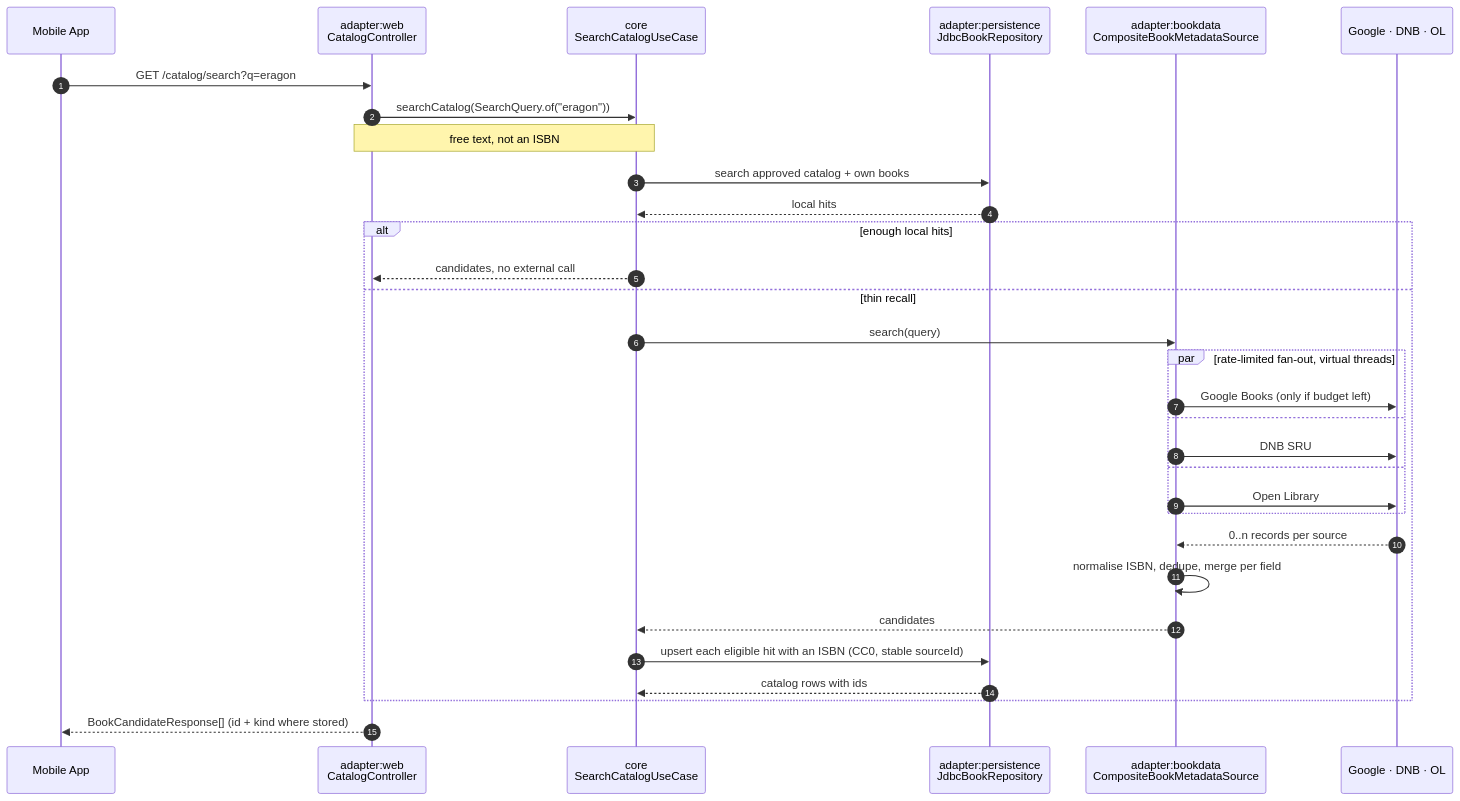
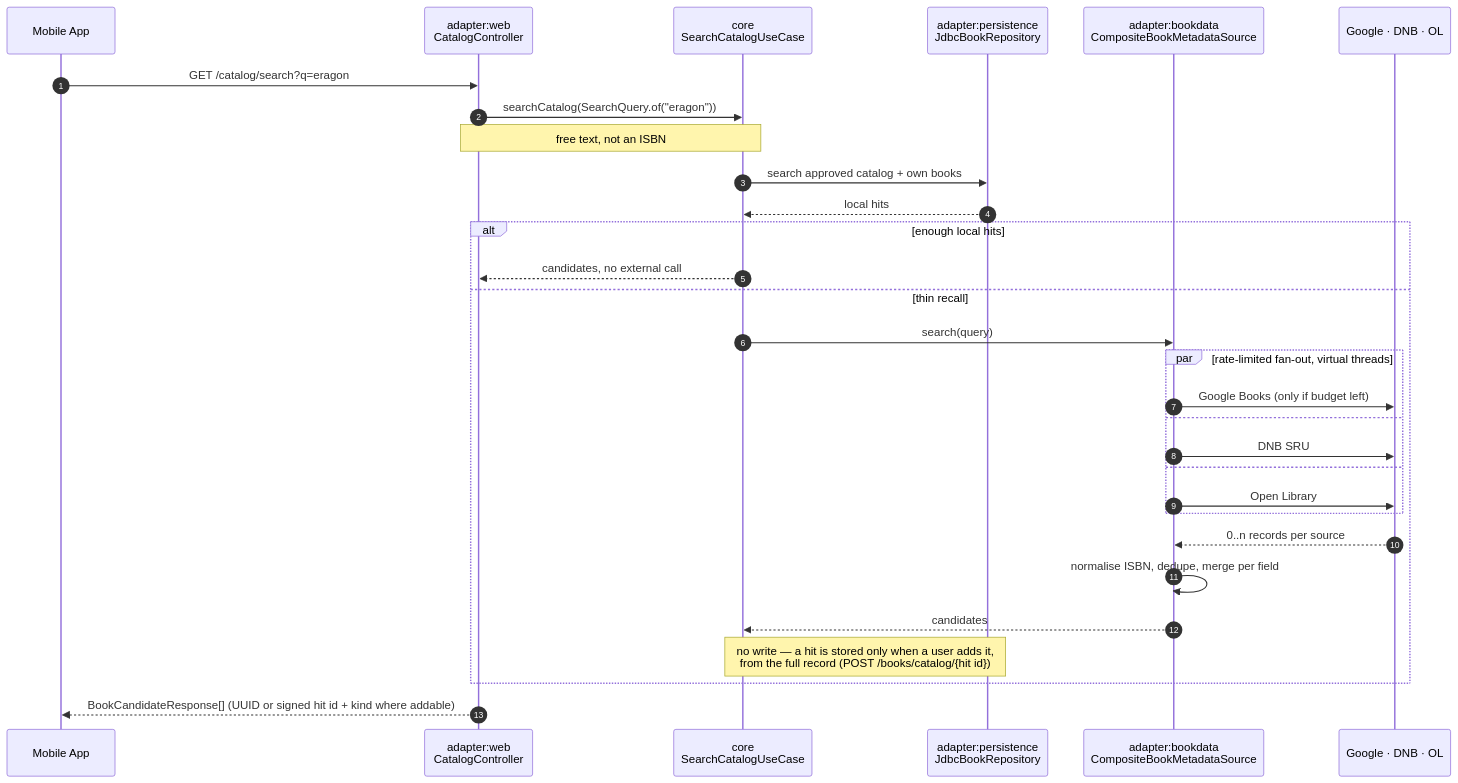
The fourth of 4 diagrams in backend/docs/architecture.md (AnSrwn/BookTracker), drawn with Mermaid before and after one commit. The commit also changed other lines of this file and 32 other files, not shown here.

Commit message:
Save search hits only when a user adds them, from the full record

````diff
--- a/backend/docs/architecture.md
+++ b/backend/docs/architecture.md
@@ -465,34 +465,33 @@
 ```mermaid
 sequenceDiagram
     autonumber
     participant App as Mobile App
     participant Ctrl as adapter:web<br/>CatalogController
     participant UC as core<br/>SearchCatalogUseCase
     participant Repo as adapter:persistence<br/>JdbcBookRepository
     participant Src as adapter:bookdata<br/>CompositeBookMetadataSource
     participant Ext as Google · DNB · OL
 
     App->>Ctrl: GET /catalog/search?q=eragon
     Ctrl->>UC: searchCatalog(SearchQuery.of("eragon"))
     Note over Ctrl,UC: free text, not an ISBN
     UC->>Repo: search approved catalog + own books
     Repo-->>UC: local hits
     alt enough local hits
         UC-->>Ctrl: candidates, no external call
     else thin recall
         UC->>Src: search(query)
         par rate-limited fan-out, virtual threads
             Src->>Ext: Google Books (only if budget left)
         and
             Src->>Ext: DNB SRU
         and
             Src->>Ext: Open Library
         end
         Ext-->>Src: 0..n records per source
         Src->>Src: normalise ISBN, dedupe, merge per field
         Src-->>UC: candidates
-        UC->>Repo: upsert each eligible hit with an ISBN (CC0, stable sourceId)
-        Repo-->>UC: catalog rows with ids
+        Note over UC,Repo: no write — a hit is stored only when a user adds it,<br/>from the full record (POST /books/catalog/{hit id})
     end
-    Ctrl-->>App: BookCandidateResponse[] (id + kind where stored)
+    Ctrl-->>App: BookCandidateResponse[] (UUID or signed hit id + kind where addable)
 ```
````
